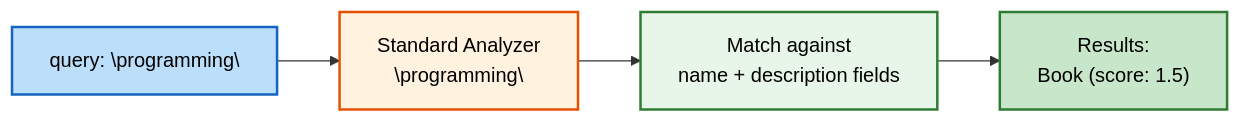
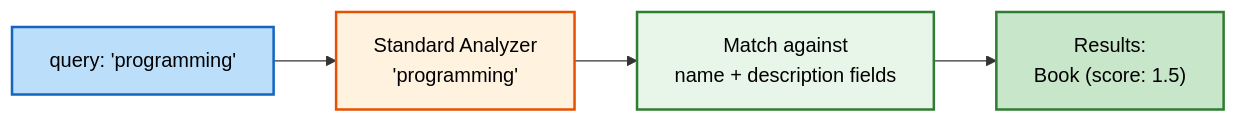
Before and after one commit to sawmikcuet19/ElasticSearch-springboot: the ninth of 17 diagrams in README.md, drawn with Mermaid. The commit also changed other lines of this file, not shown here.

Commit message:
Fix all Mermaid diagram parse errors: replace escaped quotes with single quotes

````diff
--- a/README.md
+++ b/README.md
@@ -536,11 +536,11 @@
 ```mermaid
 flowchart LR
-    Q["query: \"programming\""] --> ANALYZE["Standard Analyzer\n\"programming\""]
+    Q["query: 'programming'"] --> ANALYZE["Standard Analyzer\n'programming'"]
     ANALYZE --> MATCH["Match against\nname + description fields"]
     MATCH --> RESULT["Results:\nBook (score: 1.5)"]
 
     style Q fill:#bbdefb,stroke:#1565c0,stroke-width:2px,color:#000
     style ANALYZE fill:#fff3e0,stroke:#e65100,stroke-width:2px,color:#000
     style MATCH fill:#e8f5e9,stroke:#2e7d32,stroke-width:2px,color:#000
     style RESULT fill:#c8e6c9,stroke:#2e7d32,stroke-width:2px,color:#000
 ```
````
